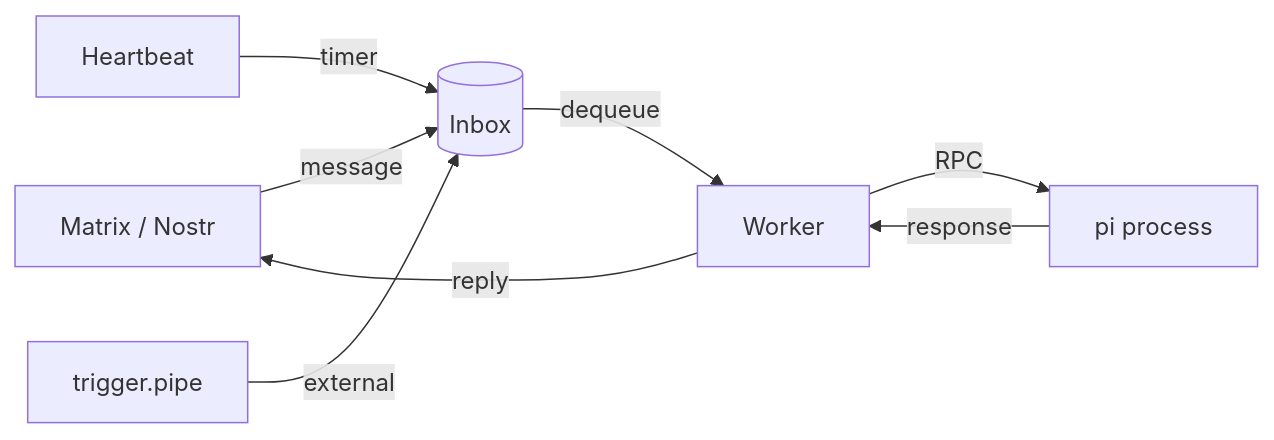
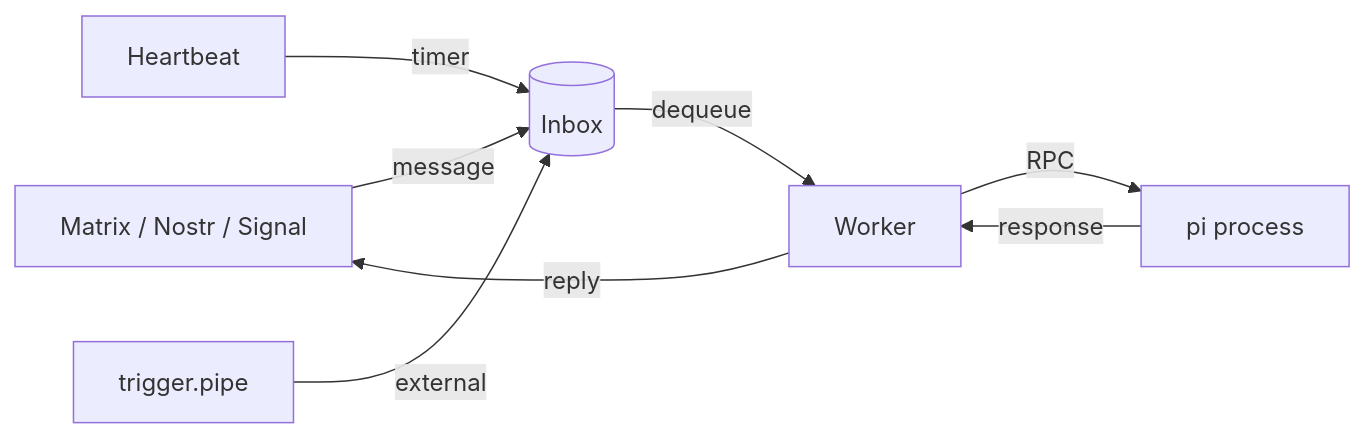
One commit to pinpox/opencrow changed the diagram in README.md. Above: the diagram before and after it, drawn with Mermaid. The commit also changed other lines of this file and 9 other files, not shown here.

````diff
--- a/README.md
+++ b/README.md
@@ -19,8 +20,8 @@
 ```mermaid
 graph LR
-    Transport[Matrix / Nostr] -->|message| Inbox[(Inbox)]
+    Transport[Matrix / Nostr / Signal] -->|message| Inbox[(Inbox)]
     Heartbeat -->|timer| Inbox
     Trigger["trigger.pipe"] -->|external| Inbox
     Inbox -->|dequeue| Worker -->|RPC| Pi["pi process"]
     Pi -->|response| Worker -->|reply| Transport
 ```
````
